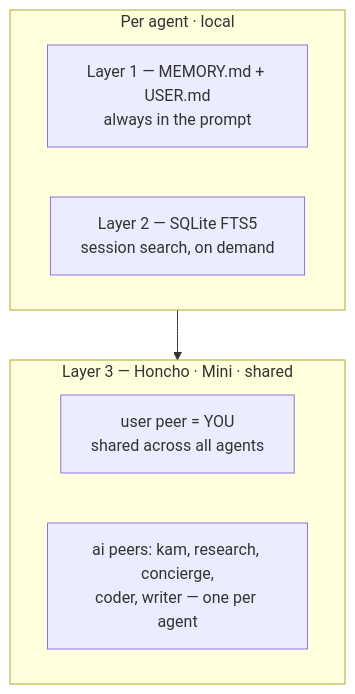
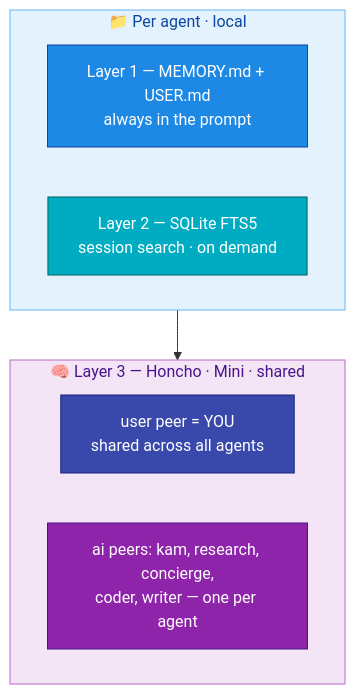
Before and after one commit to mpolatcan/hermes-setup: the first of 2 diagrams in docs/07-memory.md, drawn with Mermaid. The commit also changed other lines of this file and 8 other files, not shown here.

First line of the commit message:
docs: Material Design styling on all diagrams + ASCII→mermaid

````diff
--- a/docs/07-memory.md
+++ b/docs/07-memory.md
@@ -7,12 +7,18 @@
 ```mermaid
 flowchart TB
-    subgraph per["Per agent · local"]
-        L1["Layer 1 — MEMORY.md + USER.md<br/>always in the prompt"]
-        L2["Layer 2 — SQLite FTS5<br/>session search, on demand"]
+    subgraph per["📁 Per agent · local"]
+        L1["Layer 1 — MEMORY.md + USER.md<br/>always in the prompt"]:::l1
+        L2["Layer 2 — SQLite FTS5<br/>session search · on demand"]:::l2
     end
-    subgraph hon["Layer 3 — Honcho · Mini · shared"]
-        user["user peer = YOU<br/>shared across all agents"]
-        peers["ai peers: kam, research, concierge,<br/>coder, writer — one per agent"]
+    subgraph hon["🧠 Layer 3 — Honcho · Mini · shared"]
+        user["user peer = YOU<br/>shared across all agents"]:::user
+        peers["ai peers: kam, research, concierge,<br/>coder, writer — one per agent"]:::infra
     end
     per --> hon
+    classDef l1 fill:#1E88E5,stroke:#0D47A1,color:#fff
+    classDef l2 fill:#00ACC1,stroke:#006064,color:#fff
+    classDef user fill:#3949AB,stroke:#1A237E,color:#fff
+    classDef infra fill:#8E24AA,stroke:#4A148C,color:#fff
+    style per fill:#E3F2FD,stroke:#64B5F6,color:#0D47A1
+    style hon fill:#F3E5F5,stroke:#BA68C8,color:#4A148C
 ```
````
